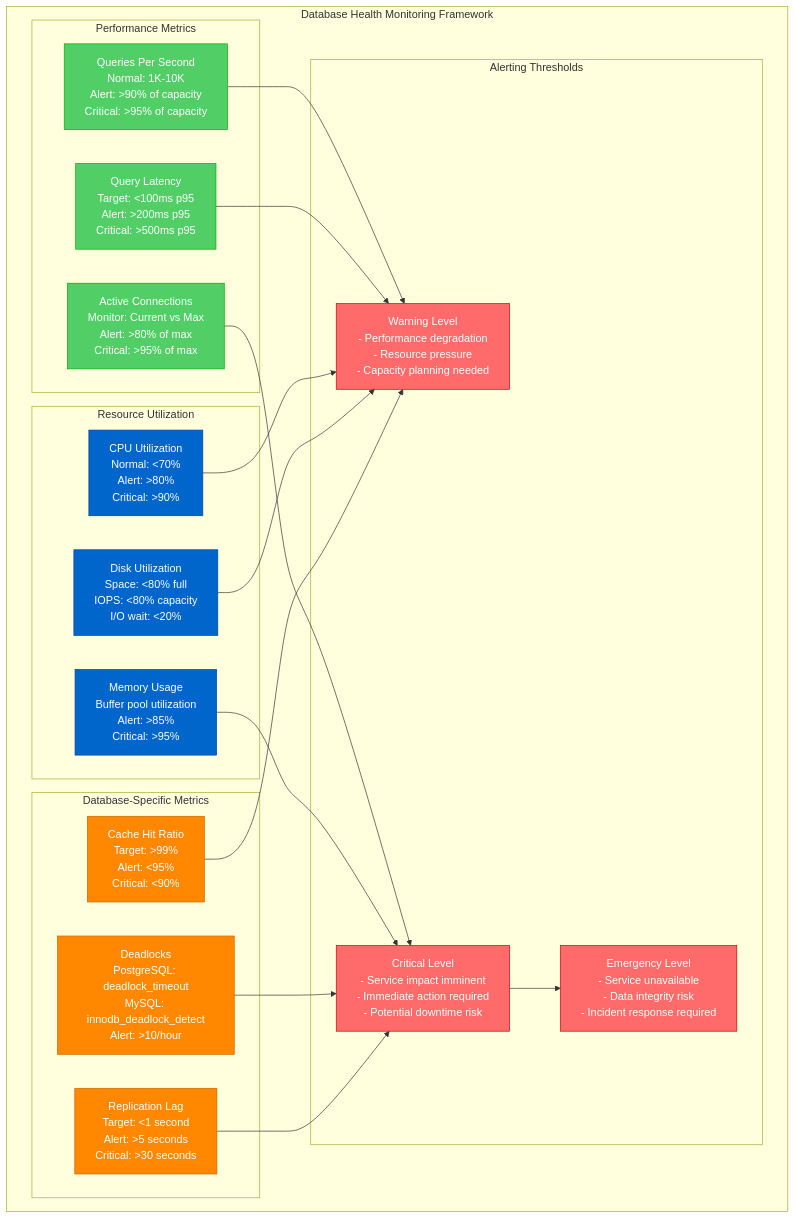
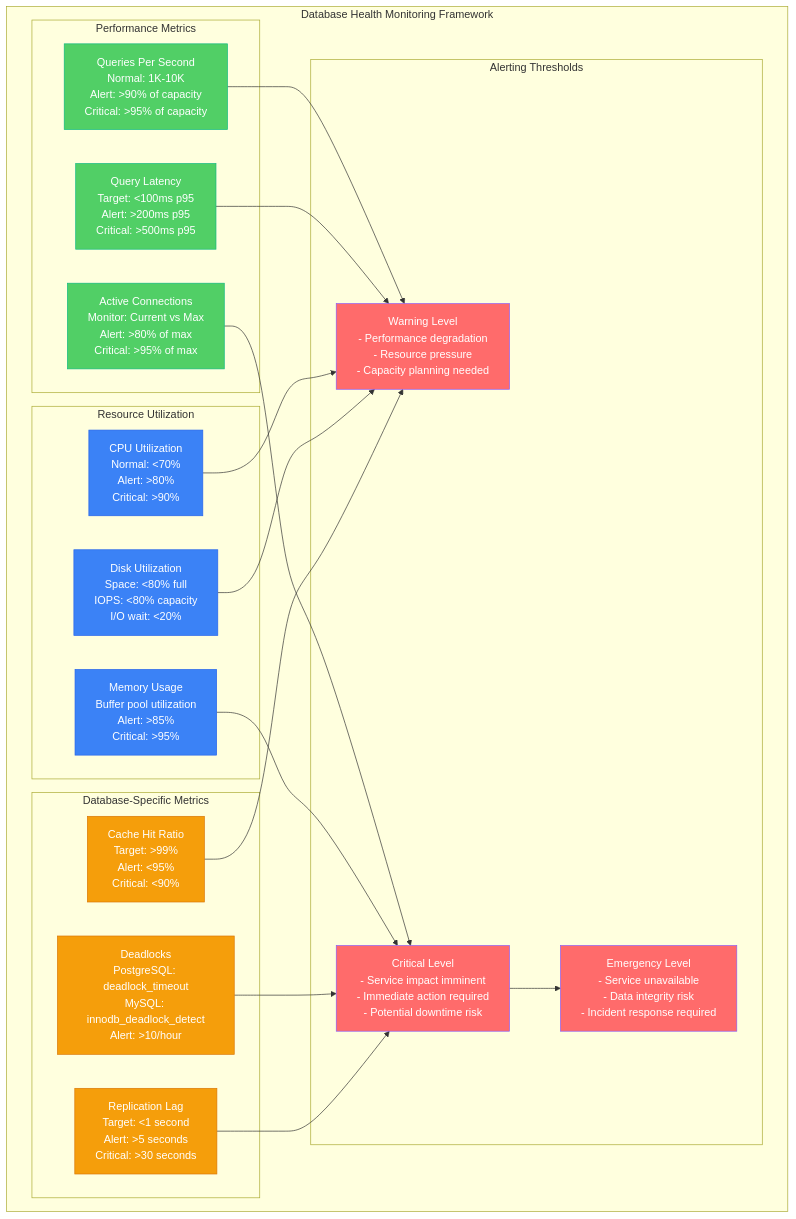
One commit to deepaucksharma/DS changed the third of 3 diagrams in site/docs/capacity/database-capacity-planning.md. Above: the diagram before and after it, drawn with Mermaid. The commit also changed other lines of this file and 303 other files, not shown here.

````diff
--- a/site/docs/capacity/database-capacity-planning.md
+++ b/site/docs/capacity/database-capacity-planning.md
@@ -874,61 +874,61 @@
 ```mermaid
 graph TB
     subgraph "Database Health Monitoring Framework"
         subgraph "Performance Metrics"
             QPS[Queries Per Second<br/>Normal: 1K-10K<br/>Alert: >90% of capacity<br/>Critical: >95% of capacity]
             
             LATENCY[Query Latency<br/>Target: <100ms p95<br/>Alert: >200ms p95<br/>Critical: >500ms p95]
             
             CONN[Active Connections<br/>Monitor: Current vs Max<br/>Alert: >80% of max<br/>Critical: >95% of max]
         end
         
         subgraph "Resource Utilization"
             CPU[CPU Utilization<br/>Normal: <70%<br/>Alert: >80%<br/>Critical: >90%]
             
             MEMORY[Memory Usage<br/>Buffer pool utilization<br/>Alert: >85%<br/>Critical: >95%]
             
             DISK[Disk Utilization<br/>Space: <80% full<br/>IOPS: <80% capacity<br/>I/O wait: <20%]
         end
         
         subgraph "Database-Specific Metrics"
             DEADLOCKS[Deadlocks<br/>PostgreSQL: deadlock_timeout<br/>MySQL: innodb_deadlock_detect<br/>Alert: >10/hour]
             
             REPLICATION[Replication Lag<br/>Target: <1 second<br/>Alert: >5 seconds<br/>Critical: >30 seconds]
             
             CACHE_HIT[Cache Hit Ratio<br/>Target: >99%<br/>Alert: <95%<br/>Critical: <90%]
         end
         
         subgraph "Alerting Thresholds"
             WARNING[Warning Level<br/>- Performance degradation<br/>- Resource pressure<br/>- Capacity planning needed]
             
             CRITICAL[Critical Level<br/>- Service impact imminent<br/>- Immediate action required<br/>- Potential downtime risk]
             
             EMERGENCY[Emergency Level<br/>- Service unavailable<br/>- Data integrity risk<br/>- Incident response required]
         end
     end
 
     QPS --> WARNING
     LATENCY --> WARNING
     CONN --> CRITICAL
     
     CPU --> WARNING
     MEMORY --> CRITICAL
     DISK --> WARNING
     
     DEADLOCKS --> CRITICAL
     REPLICATION --> CRITICAL
     CACHE_HIT --> WARNING
     
     CRITICAL --> EMERGENCY
 
     %% Apply colors
-    classDef performanceStyle fill:#51CF66,stroke:#00AA00,color:#fff
-    classDef resourceStyle fill:#0066CC,stroke:#004499,color:#fff
-    classDef dbSpecificStyle fill:#FF8800,stroke:#CC6600,color:#fff
-    classDef alertStyle fill:#FF6B6B,stroke:#CC0000,color:#fff
+    classDef performanceStyle fill:#51CF66,stroke:#10B981,color:#fff
+    classDef resourceStyle fill:#3B82F6,stroke:#2563EB,color:#fff
+    classDef dbSpecificStyle fill:#F59E0B,stroke:#D97706,color:#fff
+    classDef alertStyle fill:#FF6B6B,stroke:#8B5CF6,color:#fff
 
     class QPS,LATENCY,CONN performanceStyle
     class CPU,MEMORY,DISK resourceStyle
     class DEADLOCKS,REPLICATION,CACHE_HIT dbSpecificStyle
     class WARNING,CRITICAL,EMERGENCY alertStyle
 ```
````
